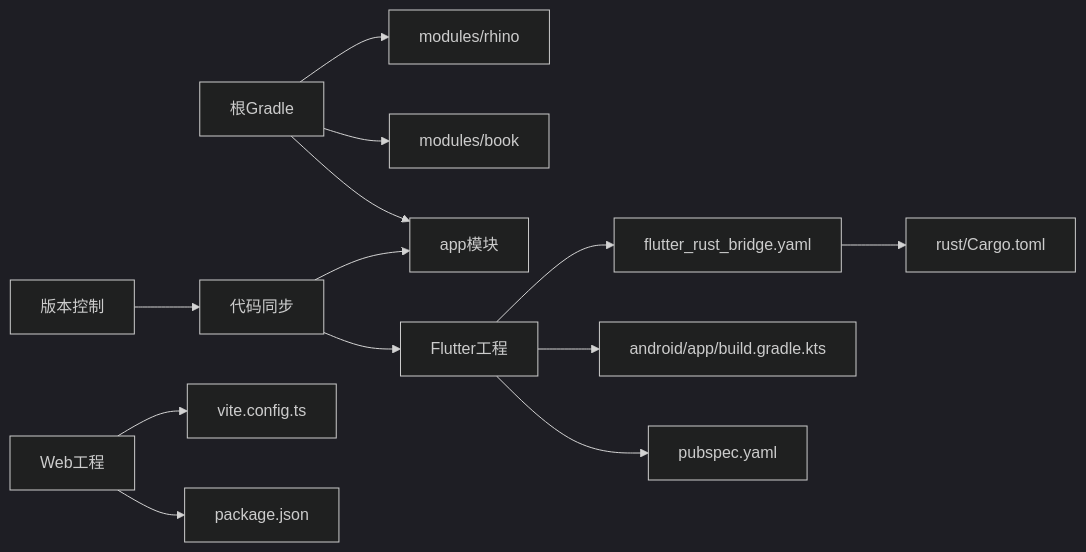
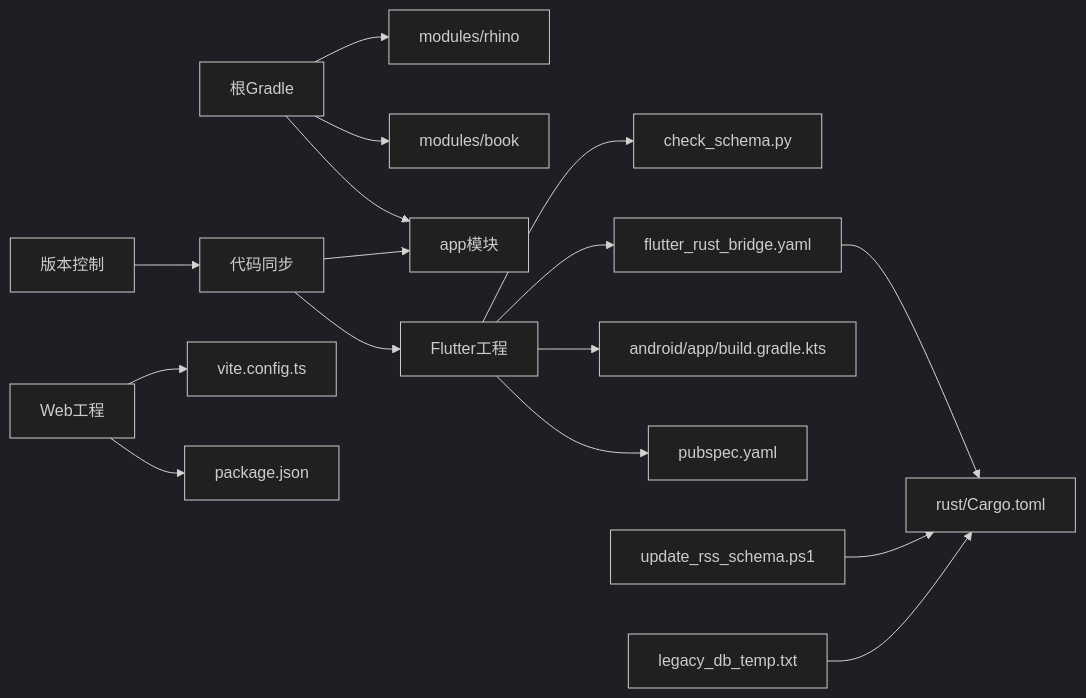
Before and after one commit to ZhangGHGitHub/LegadoTeamFlutter: the tenth of 10 diagrams in .qoder/repowiki/zh/content/构建和部署/构建和部署.md, drawn with Mermaid (dark theme). The commit also changed other lines of this file and 58 other files, not shown here.

````diff
--- a/.qoder/repowiki/zh/content/构建和部署/构建和部署.md
+++ b/.qoder/repowiki/zh/content/构建和部署/构建和部署.md
@@ -433,15 +517,18 @@
 ```mermaid
 graph LR
 Root["根Gradle"] --> App["app模块"]
 Root --> ModBook["modules/book"]
 Root --> ModRhino["modules/rhino"]
 Flutter["Flutter工程"] --> Pub["pubspec.yaml"]
 Flutter --> AndGradle["android/app/build.gradle.kts"]
 Flutter --> FRB["flutter_rust_bridge.yaml"]
+Flutter --> Schema["check_schema.py"]
 FRB --> Cargo["rust/Cargo.toml"]
 Web["Web工程"] --> Pkg["package.json"]
 Web --> Vite["vite.config.ts"]
 VersionControl["版本控制"] --> Sync["代码同步"]
 Sync --> Flutter
 Sync --> App
+RSSUpdate["update_rss_schema.ps1"] --> Cargo
+TempData["legacy_db_temp.txt"] --> Cargo
 ```
````
